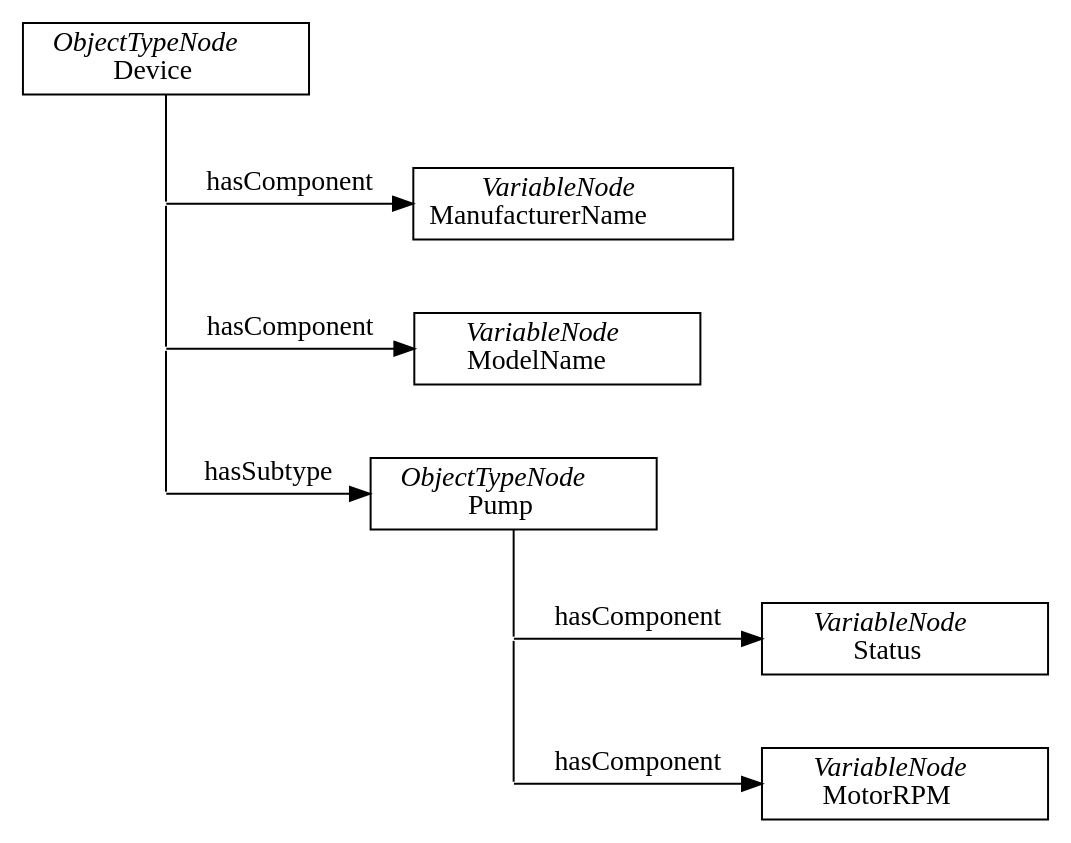
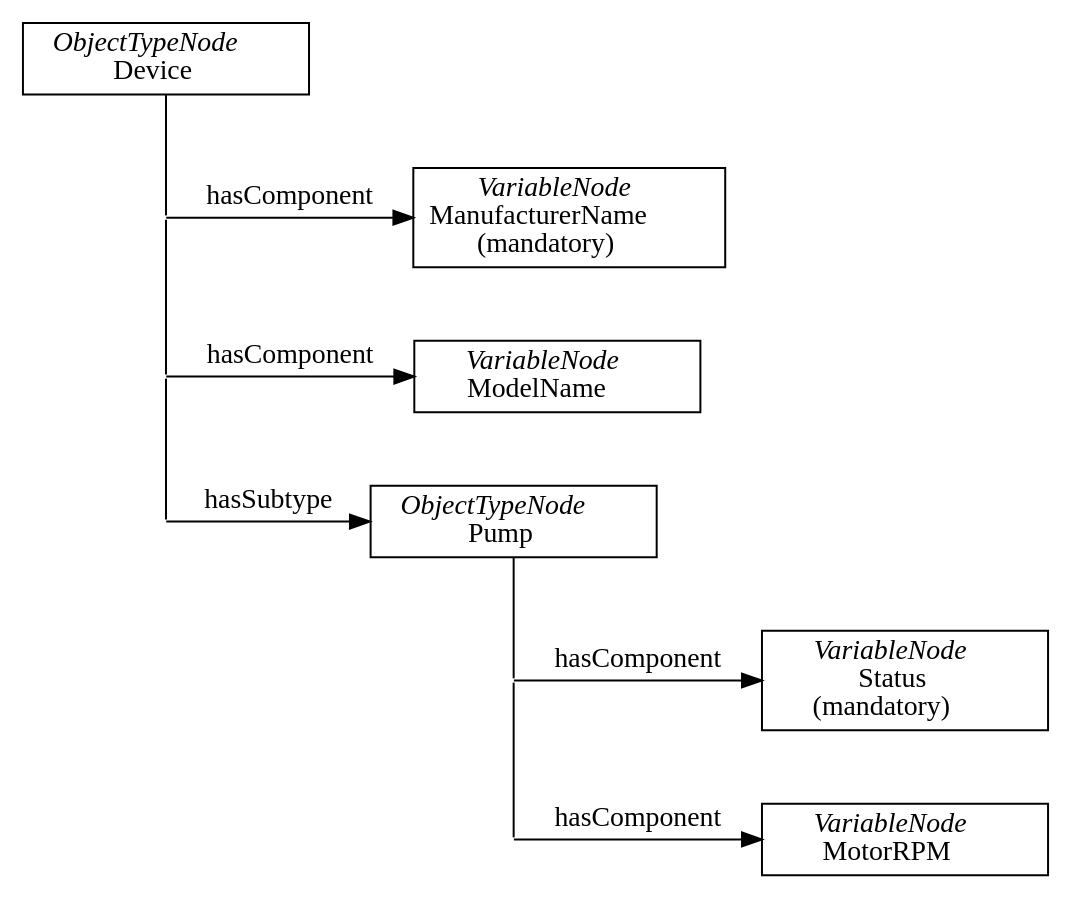
Before and after one commit to open62541/open62541-www: the second of 2 diagrams in doc/current/_static/tutorial_server_object.rst, drawn with Graphviz. The commit also changed other lines of this file and 7 other files, not shown here.

```diff
--- a/doc/current/_static/tutorial_server_object.rst
+++ b/doc/current/_static/tutorial_server_object.rst
@@ -123,40 +123,40 @@
 .. graphviz::
 
    digraph tree {
 
    fixedsize=true;
    node [width=2, height=0, shape=box, fillcolor="#E5E5E5", concentrate=true]
 
    node_root [label=< <I>ObjectTypeNode</I><BR/>Device >]
 
    { rank=same
      point_1 [shape=point]
-     node_1 [label=< <I>VariableNode</I><BR/>ManufacturerName >] }
+     node_1 [label=< <I>VariableNode</I><BR/>ManufacturerName<BR/>(mandatory) >] }
    node_root -> point_1 [arrowhead=none]
    point_1 -> node_1 [label="hasComponent"]
 
    { rank=same
      point_2 [shape=point]
      node_2 [label=< <I>VariableNode</I><BR/>ModelName >] }
    point_1 -> point_2 [arrowhead=none]
    point_2 -> node_2 [label="hasComponent"]
 
    {  rank=same
       point_3 [shape=point]
       node_3 [label=< <I>ObjectTypeNode</I><BR/>Pump >] }
    point_2 -> point_3 [arrowhead=none]
    point_3 -> node_3 [label="hasSubtype"]
 
    {  rank=same
       point_4 [shape=point]
-      node_4 [label=< <I>VariableNode</I><BR/>Status >] }
+      node_4 [label=< <I>VariableNode</I><BR/>Status<BR/>(mandatory) >] }
    node_3 -> point_4 [arrowhead=none]
    point_4 -> node_4 [label="hasComponent"]
 
    {  rank=same
       point_5 [shape=point]
       node_5 [label=< <I>VariableNode</I><BR/>MotorRPM >] }
    point_4 -> point_5 [arrowhead=none]
    point_5 -> node_5 [label="hasComponent"]
 
    }
```
